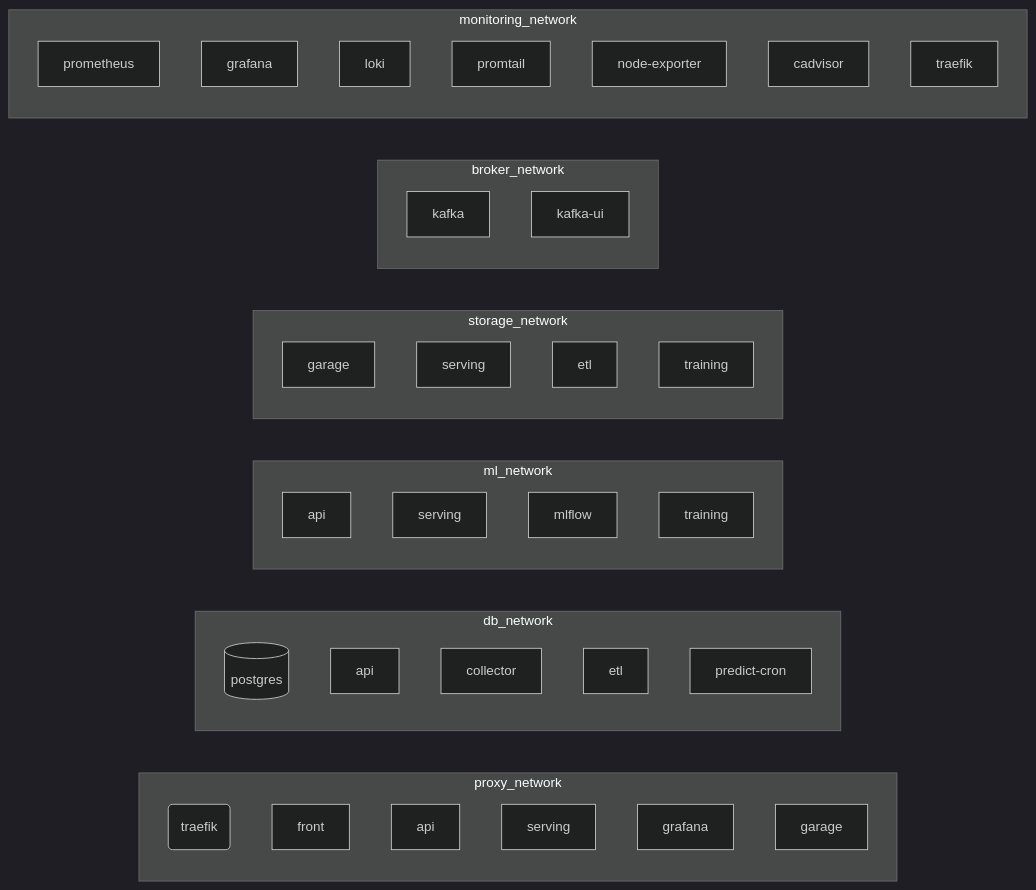
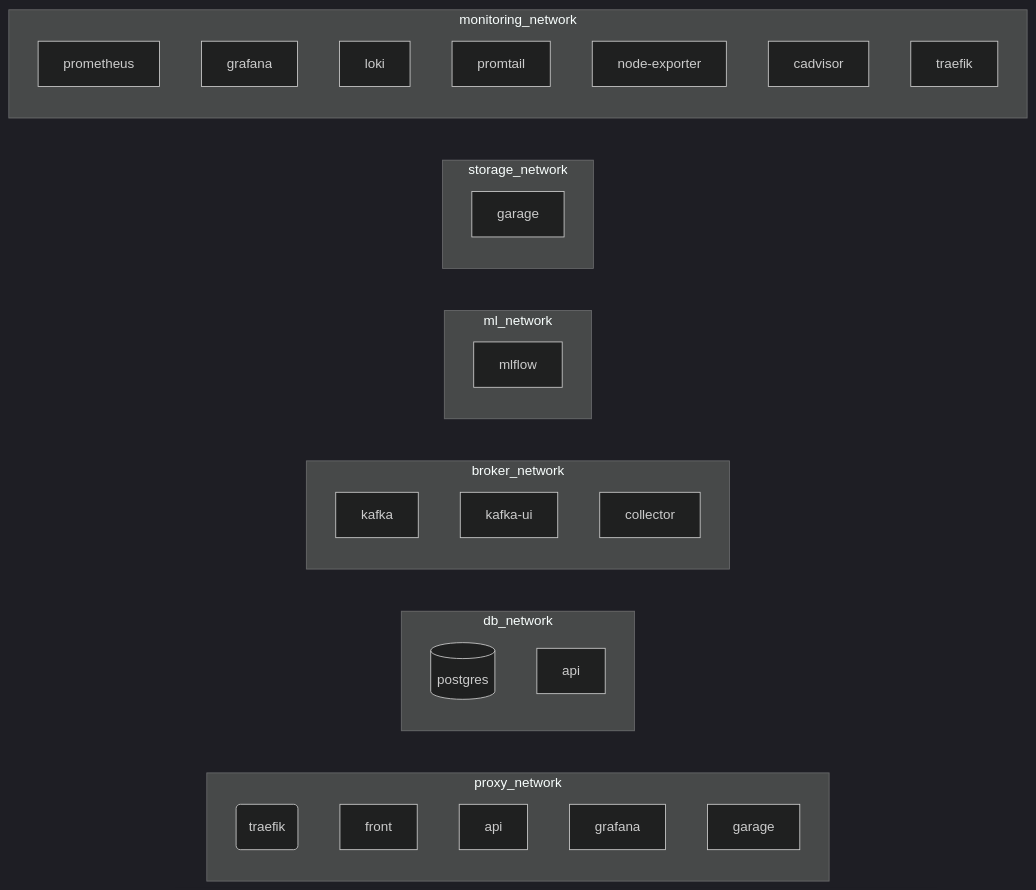
The diagram in docs/content/architecture/reseaux.md (EnerVision-G5/infra), drawn with Mermaid (dark theme) before and after one commit. The commit also changed other lines of this file and 44 other files, not shown here.

````diff
--- a/docs/content/architecture/reseaux.md
+++ b/docs/content/architecture/reseaux.md
@@ -32,43 +36,34 @@
 ```mermaid
 flowchart LR
     subgraph proxy_network
         TR(traefik)
         FR[front]
         AP[api]
-        SV[serving]
         GRA[grafana]
         GAR[garage]
     end
     subgraph db_network
         DB[(postgres)]
         AP2[api]
-        CO[collector]
-        ET[etl]
-        PC[predict-cron]
-    end
-    subgraph ml_network
-        AP3[api]
-        SV2[serving]
-        MLF[mlflow]
-        TRN[training]
-    end
-    subgraph storage_network
-        GAR2[garage]
-        SV3[serving]
-        ET2[etl]
-        TRN2[training]
     end
     subgraph broker_network
         KFK[kafka]
         KUI[kafka-ui]
+        CO[collector]
+    end
+    subgraph ml_network
+        MLF[mlflow]
+    end
+    subgraph storage_network
+        GAR2[garage]
     end
     subgraph monitoring_network
         PROM[prometheus]
         GRA2[grafana]
         LOKI[loki]
         PROMT[promtail]
         NE[node-exporter]
         CAD[cadvisor]
         TR2[traefik]
     end
 ```
````
